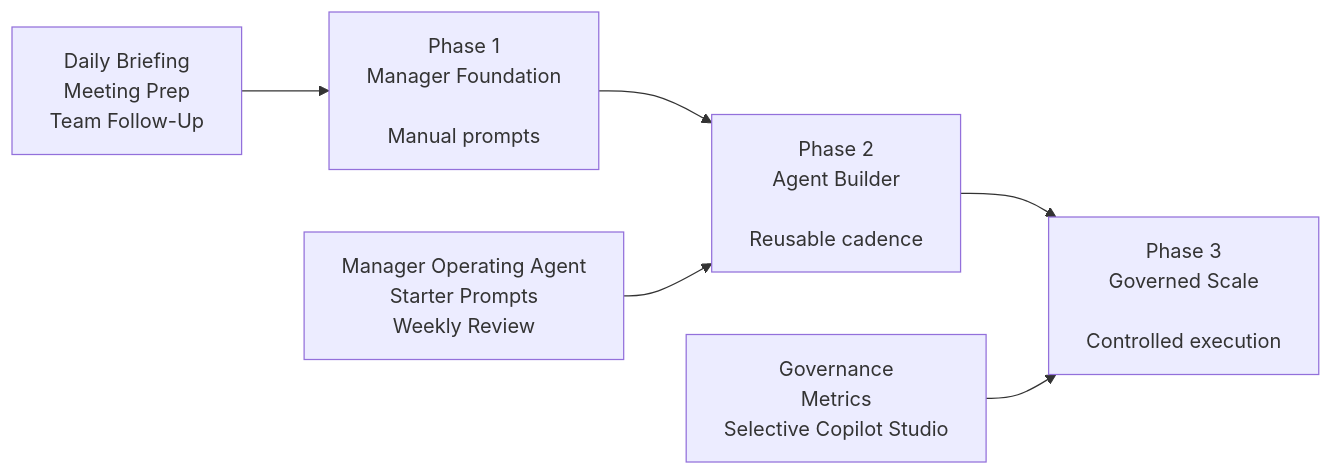
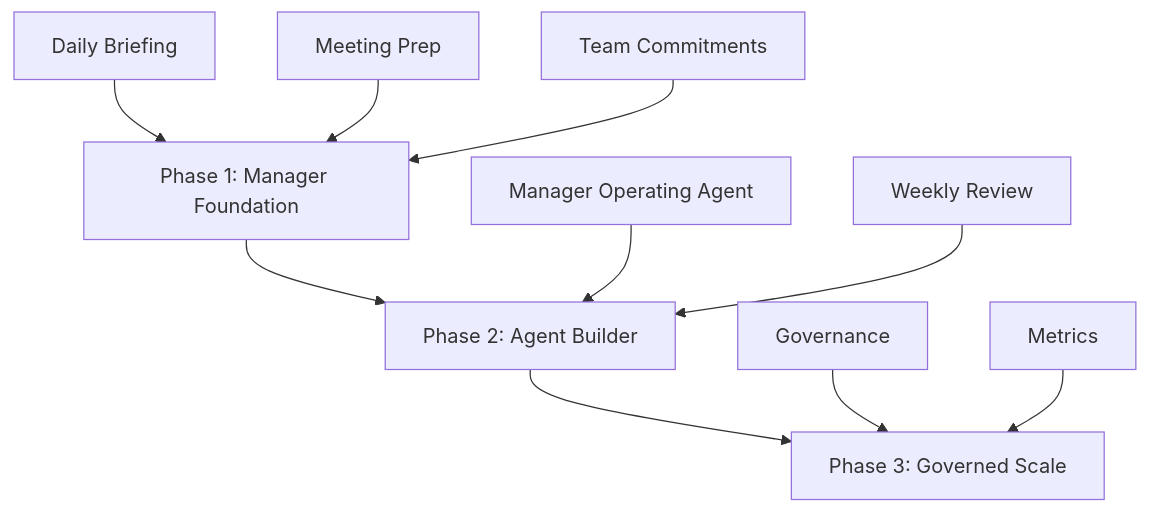
Before and after one commit to dtransla-maker/copilot-chief-of-staff-for-managers: the diagram in README.md, drawn with Mermaid. The commit also changed other lines of this file, not shown here.

````diff
--- a/README.md
+++ b/README.md
@@ -38,8 +42,30 @@
 ```mermaid
-flowchart LR
-    A[Phase 1<br/>Manager Foundation<br/><br/>Manual prompts] --> B[Phase 2<br/>Agent Builder<br/><br/>Reusable cadence]
-    B --> C[Phase 3<br/>Governed Scale<br/><br/>Controlled execution]
-    A1[Daily Briefing<br/>Meeting Prep<br/>Team Follow-Up] --> A
-    B1[Manager Operating Agent<br/>Starter Prompts<br/>Weekly Review] --> B
-    C1[Governance<br/>Metrics<br/>Selective Copilot Studio] --> C
+flowchart TD
+
+P1["Phase 1: Manager Foundation"]
+P2["Phase 2: Agent Builder"]
+P3["Phase 3: Governed Scale"]
+
+P1 --> P2
+P2 --> P3
+
+D1["Daily Briefing"]
+D2["Meeting Prep"]
+D3["Team Commitments"]
+
+A1["Manager Operating Agent"]
+A2["Weekly Review"]
+
+G1["Governance"]
+G2["Metrics"]
+
+D1 --> P1
+D2 --> P1
+D3 --> P1
+
+A1 --> P2
+A2 --> P2
+
+G1 --> P3
+G2 --> P3
 ```
````
